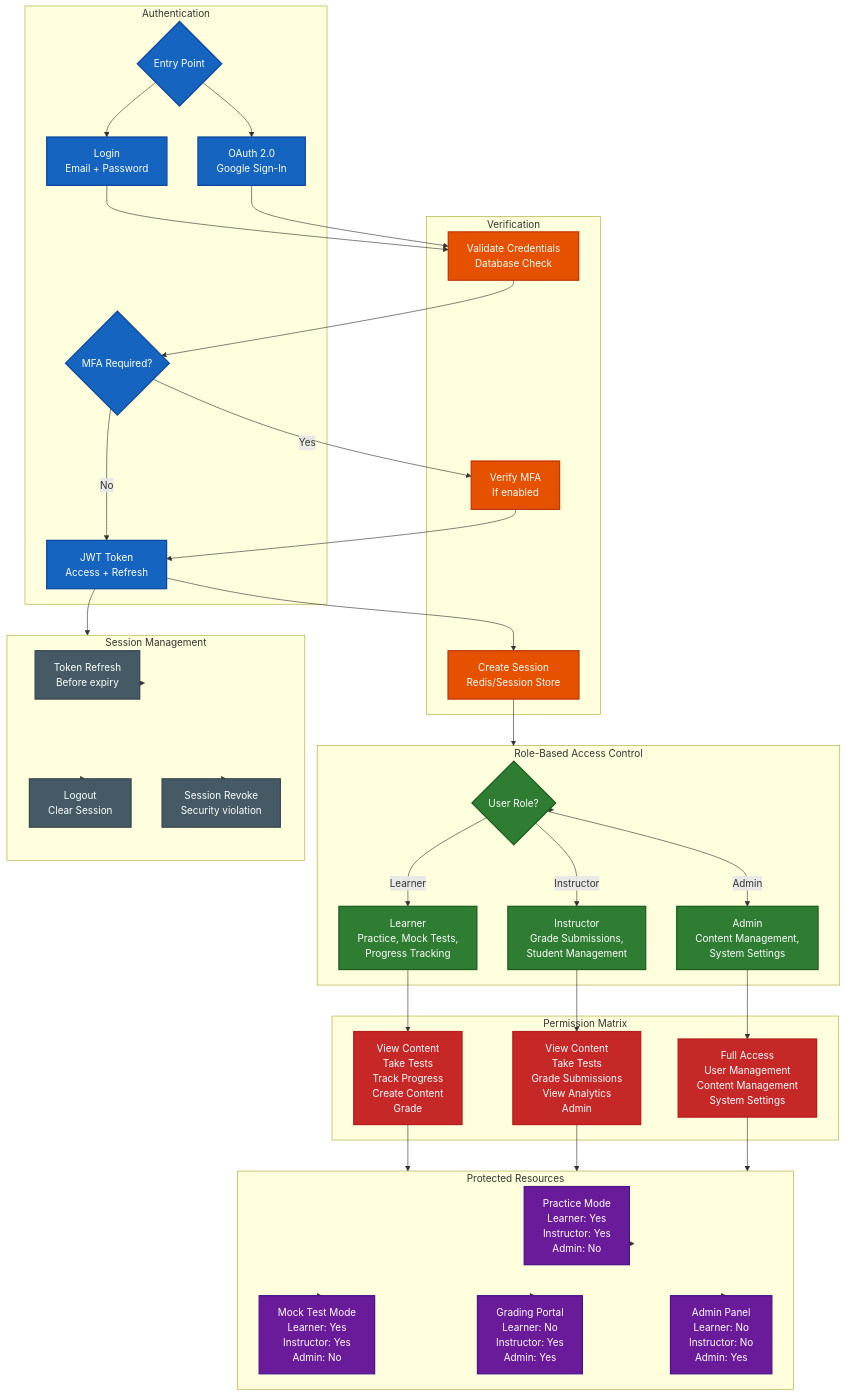
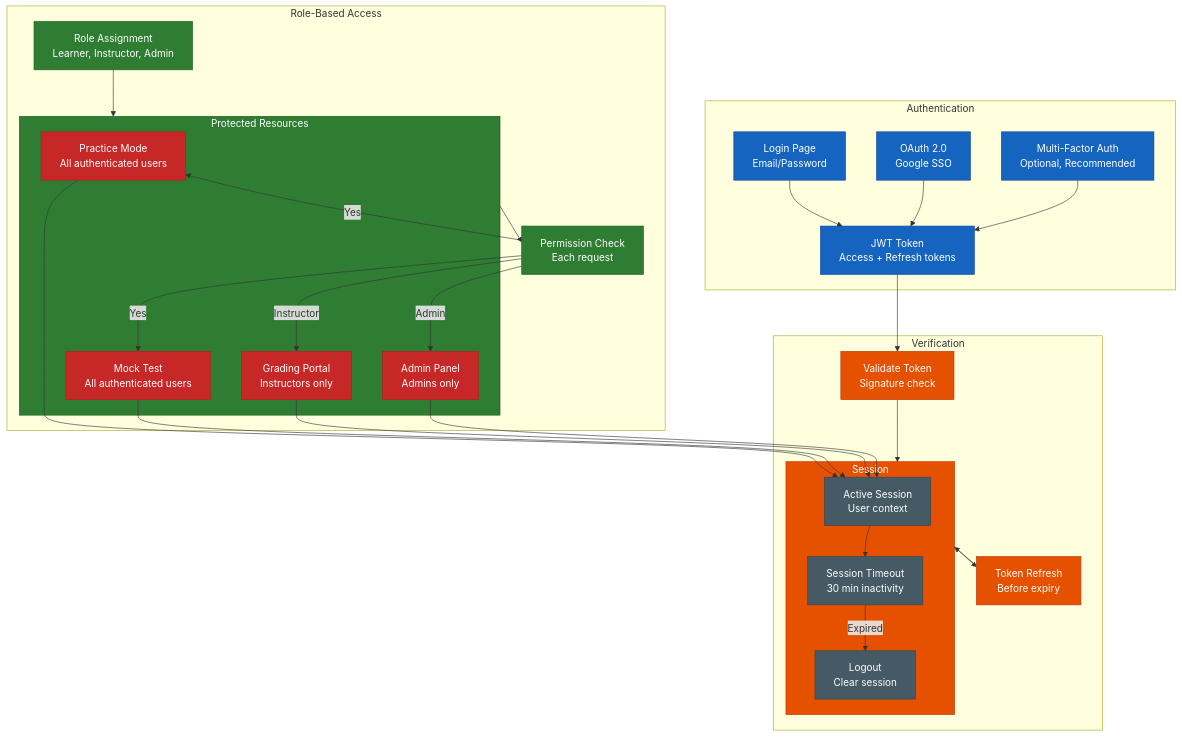
The eighth of 8 diagrams in docs/capstone/diagrams/flow-diagrams.md (nghyane/VSTEP), drawn with Mermaid before and after one commit. The commit also changed other lines of this file and 1 other file, not shown here.

First line of the commit message:
docs: split flow diagrams into English and Vietnamese versions

````diff
--- a/docs/capstone/diagrams/flow-diagrams.md
+++ b/docs/capstone/diagrams/flow-diagrams.md
@@ -613,92 +478,67 @@
 ```mermaid
 flowchart TB
-    subgraph Auth["Authentication"]
-        entry{"Entry Point"}
-        login["Login<br/>Email + Password"]
-        oauth["OAuth 2.0<br/>Google Sign-In"]
-        mfa{"MFA Required?"}
-        token["JWT Token<br/>Access + Refresh"]
+    subgraph Auth ["Authentication"]
+        Login["Login Page<br/>Email/Password"]
+        OAuth["OAuth 2.0<br/>Google SSO"]
+        MFA["Multi-Factor Auth<br/>Optional, Recommended"]
+        Token["JWT Token<br/>Access + Refresh tokens"]
     end
 
-    subgraph Verification["Verification"]
-        validate["Validate Credentials<br/>Database Check"]
-        verify["Verify MFA<br/>If enabled"]
-        session["Create Session<br/>Redis/Session Store"]
+    subgraph Verify ["Verification"]
+        Validate["Validate Token<br/>Signature check"]
+        Session["Session Management<br/>Redis cache"]
+        Refresh["Token Refresh<br/>Before expiry"]
     end
 
-    subgraph RBAC["Role-Based Access Control"]
-        roles{"User Role?"}
-        learner["Learner<br/>Practice, Mock Tests,<br/>Progress Tracking"]
-        instructor["Instructor<br/>Grade Submissions,<br/>Student Management"]
-        admin["Admin<br/>Content Management,<br/>System Settings"]
+    subgraph RBAC ["Role-Based Access"]
+        Roles["Role Assignment<br/>Learner, Instructor, Admin"]
+        Permissions["Permission Matrix<br/>Based on role"]
+        Check["Permission Check<br/>Each request"]
     end
 
-    subgraph Permissions["Permission Matrix"]
-        learnerPerms["View Content<br/>Take Tests<br/>Track Progress<br/>Create Content<br/>Grade"]
-        instructorPerms["View Content<br/>Take Tests<br/>Grade Submissions<br/>View Analytics<br/>Admin"]
-        adminPerms["Full Access<br/>User Management<br/>Content Management<br/>System Settings"]
+    subgraph Permissions ["Protected Resources"]
+        PracticeRes["Practice Mode<br/>All authenticated users"]
+        MockRes["Mock Test<br/>All authenticated users"]
+        GradingRes["Grading Portal<br/>Instructors only"]
+        AdminRes["Admin Panel<br/>Admins only"]
     end
 
-    subgraph Protected["Protected Resources"]
-        practiceMode["Practice Mode<br/>Learner: Yes<br/>Instructor: Yes<br/>Admin: No"]
-        mockTestMode["Mock Test Mode<br/>Learner: Yes<br/>Instructor: Yes<br/>Admin: No"]
-        gradingPortal["Grading Portal<br/>Learner: No<br/>Instructor: Yes<br/>Admin: Yes"]
-        adminPanel["Admin Panel<br/>Learner: No<br/>Instructor: No<br/>Admin: Yes"]
+    subgraph Session ["Session"]
+        Active["Active Session<br/>User context"]
+        Timeout["Session Timeout<br/>30 min inactivity"]
+        Logout["Logout<br/>Clear session"]
     end
 
-    subgraph Session["Session Management"]
-        refresh["Token Refresh<br/>Before expiry"]
-        logout["Logout<br/>Clear Session"]
-        revoke["Session Revoke<br/>Security violation"]
-    end
+    Login --> Token
+    OAuth --> Token
+    MFA --> Token
+    Token --> Validate
+    Validate --> Session
+    Session --> Refresh
+    Refresh --> Session
+    Roles --> Permissions
+    Permissions --> Check
+    Check -->|Yes| PracticeRes
+    Check -->|Yes| MockRes
+    Check -->|Instructor| GradingRes
+    Check -->|Admin| AdminRes
+    PracticeRes --> Active
+    MockRes --> Active
+    GradingRes --> Active
+    AdminRes --> Active
+    Active --> Timeout
+    Timeout -->|Expired| Logout
 
-    %% Flow connections
-    entry --> login
-    entry --> oauth
-    login --> validate
-    oauth --> validate
-    validate --> mfa
-    mfa -->|Yes| verify
-    mfa -->|No| token
-    verify --> token
-    token --> session
-    session --> RBAC
-    
-    RBAC --> roles
-    roles -->|Learner| learner
-    roles -->|Instructor| instructor
-    roles -->|Admin| admin
-    
-    learner --> learnerPerms
-    instructor --> instructorPerms
-    admin --> adminPerms
-    
-    learnerPerms --> Protected
-    instructorPerms --> Protected
-    adminPerms --> Protected
-    
-    Protected --> practiceMode
-    Protected --> mockTestMode
-    Protected --> gradingPortal
-    Protected --> adminPanel
-    
-    token --> Session
-    Session --> refresh
-    Session --> logout
-    Session --> revoke
+    classDef auth fill:#1565c0,stroke:#0d47a1,color:#fff
+    classDef verify fill:#e65100,stroke:#bf360c,color:#fff
+    classDef rbac fill:#2e7d32,stroke:#1b5e20,color:#fff
+    classDef permissions fill:#c62828,stroke:#b71c1c,color:#fff
+    classDef resources fill:#6a1b9a,stroke:#4a148c,color:#fff
+    classDef session fill:#455a64,stroke:#37474f,color:#fff
 
-    %% Styling
-    classDef auth fill:#1565c0,stroke:#0d47a1,stroke-width:2px,color:#fff
-    classDef verify fill:#e65100,stroke:#bf360c,stroke-width:2px,color:#fff
-    classDef rbac fill:#2e7d32,stroke:#1b5e20,stroke-width:2px,color:#fff
-    classDef permissions fill:#c62828,stroke:#b71c1c,stroke-width:2px,color:#fff
-    classDef resources fill:#6a1b9a,stroke:#4a148c,stroke-width:2px,color:#fff
-    classDef session fill:#455a64,stroke:#37474f,stroke-width:2px,color:#fff
-
-    class entry,login,oauth,mfa,token auth
-    class validate,verify,session verify
-    class roles,learner,instructor,admin rbac
-    class learnerPerms,instructorPerms,adminPerms permissions
-    class practiceMode,mockTestMode,gradingPortal,adminPanel resources
-    class refresh,logout,revoke session
+    class Login,OAuth,MFA,Token auth
+    class Validate,Session,Refresh verify
+    class Roles,Permissions,Check rbac
+    class PracticeRes,MockRes,GradingRes,AdminRes permissions
+    class Active,Timeout,Logout session
 ```
````
